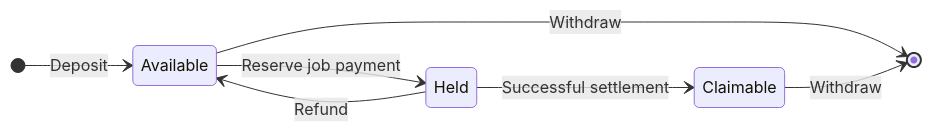
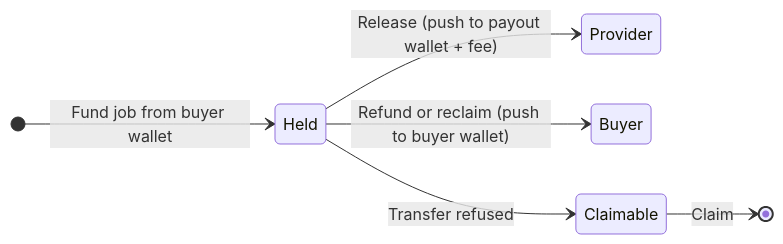
One commit to 2giosangmitom/payvoke changed the second of 3 diagrams in README.md. Above: the diagram before and after it, drawn with Mermaid. The commit also changed other lines of this file and 76 other files, not shown here.

First line of the commit message:
feat(vault): per-job escrow funded from buyer wallets (#12)

````diff
--- a/README.md
+++ b/README.md
@@ -64,10 +62,9 @@
 ```mermaid
 stateDiagram-v2
     direction LR
-    [*] --> Available: Deposit
-    Available --> Held: Reserve job payment
-    Held --> Claimable: Successful settlement
-    Held --> Available: Refund
-    Available --> [*]: Withdraw
-    Claimable --> [*]: Withdraw
+    [*] --> Held: Fund job from buyer wallet
+    Held --> Provider: Release (push to payout wallet + fee)
+    Held --> Buyer: Refund or reclaim (push to buyer wallet)
+    Held --> Claimable: Transfer refused
+    Claimable --> [*]: Claim
 ```
````
